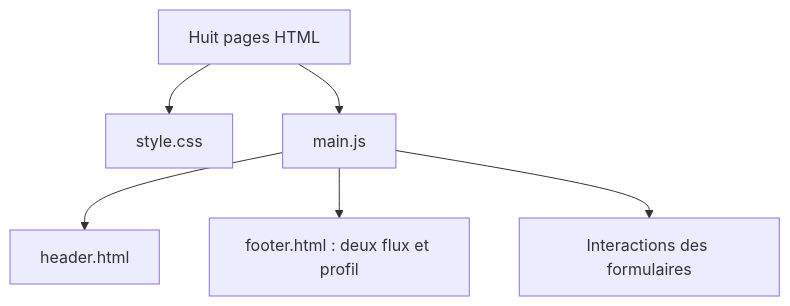
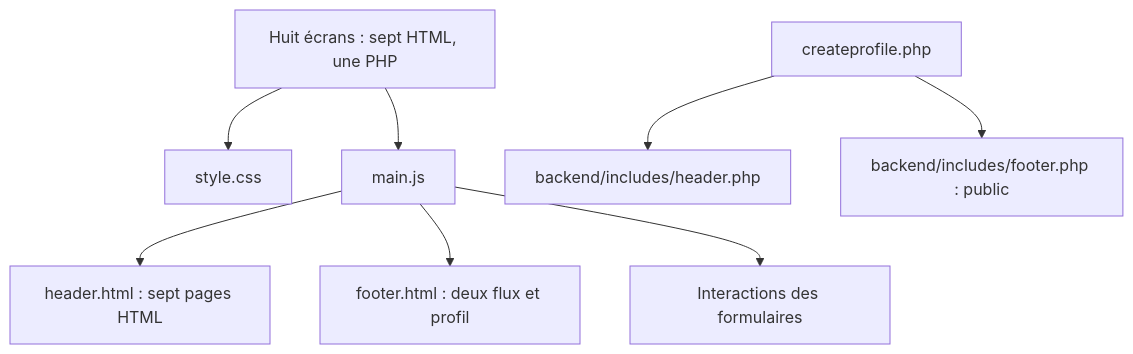
One commit to SP-MMIBdx/M2-weux-projet-dev-ux changed the diagram in README.md. Above: the diagram before and after it, drawn with Mermaid. The commit also changed other lines of this file and 8 other files, not shown here.

Commit message:
feat: migrate registration to PHP with shared header and footer

````diff
--- a/README.md
+++ b/README.md
@@ -45,8 +45,10 @@
 ```mermaid
 flowchart TD
-    Pages["Huit pages HTML"] --> CSS["style.css"]
+    Pages["Huit écrans : sept HTML, une PHP"] --> CSS["style.css"]
     Pages --> JS["main.js"]
-    JS --> Header["header.html"]
+    JS --> Header["header.html : sept pages HTML"]
     JS --> Footer["footer.html : deux flux et profil"]
     JS --> Interactions["Interactions des formulaires"]
+    Pilot["createprofile.php"] --> PHPHeader["backend/includes/header.php"]
+    Pilot --> PHPFooter["backend/includes/footer.php : public"]
 ```
````
